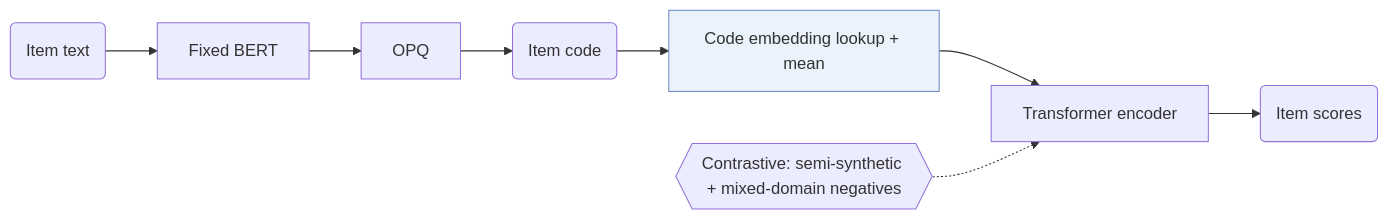
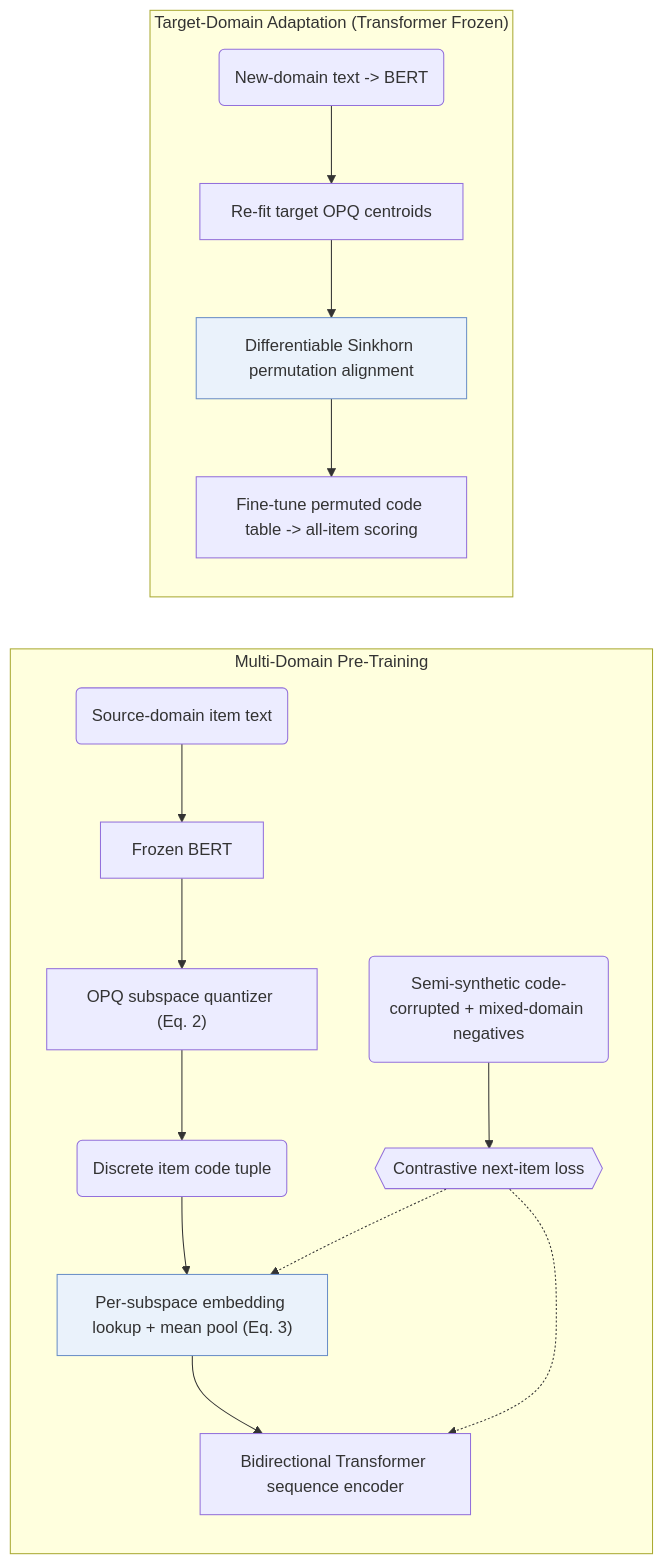
Before and after one commit to Galaxy-ghost/Awesome-SID-Generative-Rec: the diagram in notes/vq-rec.md, drawn with Mermaid. The commit also changed other lines of this file and 649 other files, not shown here.

Commit message:
writer-05: also tags and modality index (schema, check, build, visuals); summary field removed; calibration data for 12 papers

````diff
--- a/notes/vq-rec.md
+++ b/notes/vq-rec.md
@@ -7,11 +12,18 @@
 ```mermaid
 flowchart LR
-    A("Item text") --> B["Fixed BERT"]
-    B --> C["OPQ"]
-    C --> D("Item code")
-    D --> E["Code embedding lookup + mean"]:::key
-    E --> F["Transformer encoder"]
-    L1{{"Contrastive: semi-synthetic + mixed-domain negatives"}} -.-> F
-    F --> G("Item scores")
+    subgraph Pre["Multi-Domain Pre-Training"]
+        A("Source-domain item text") --> B["Frozen BERT"]
+        B --> C["OPQ subspace quantizer (Eq. 2)"]
+        C --> D("Discrete item code tuple")
+        D --> E["Per-subspace embedding lookup + mean pool (Eq. 3)"]:::key
+        E --> F["Bidirectional Transformer sequence encoder"]
+        N("Semi-synthetic code-corrupted + mixed-domain negatives") --> L1{{"Contrastive next-item loss"}}
+        L1 -.-> E & F
+    end
+    subgraph Adapt["Target-Domain Adaptation (Transformer Frozen)"]
+        T("New-domain text -> BERT") --> NPQ["Re-fit target OPQ centroids"]
+        NPQ --> Perm["Differentiable Sinkhorn permutation alignment"]:::key
+        Perm --> FT["Fine-tune permuted code table -> all-item scoring"]
+    end
     classDef key fill:#eaf2fb,stroke:#6b8fc7
 ```
````
